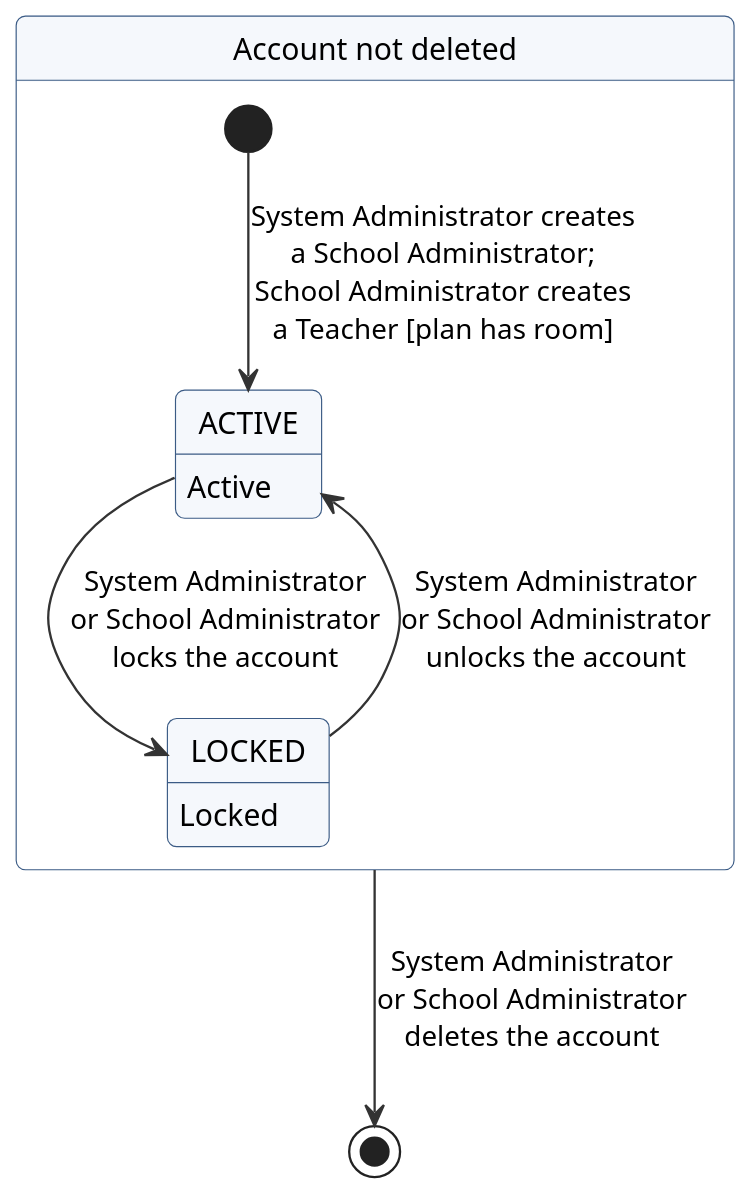
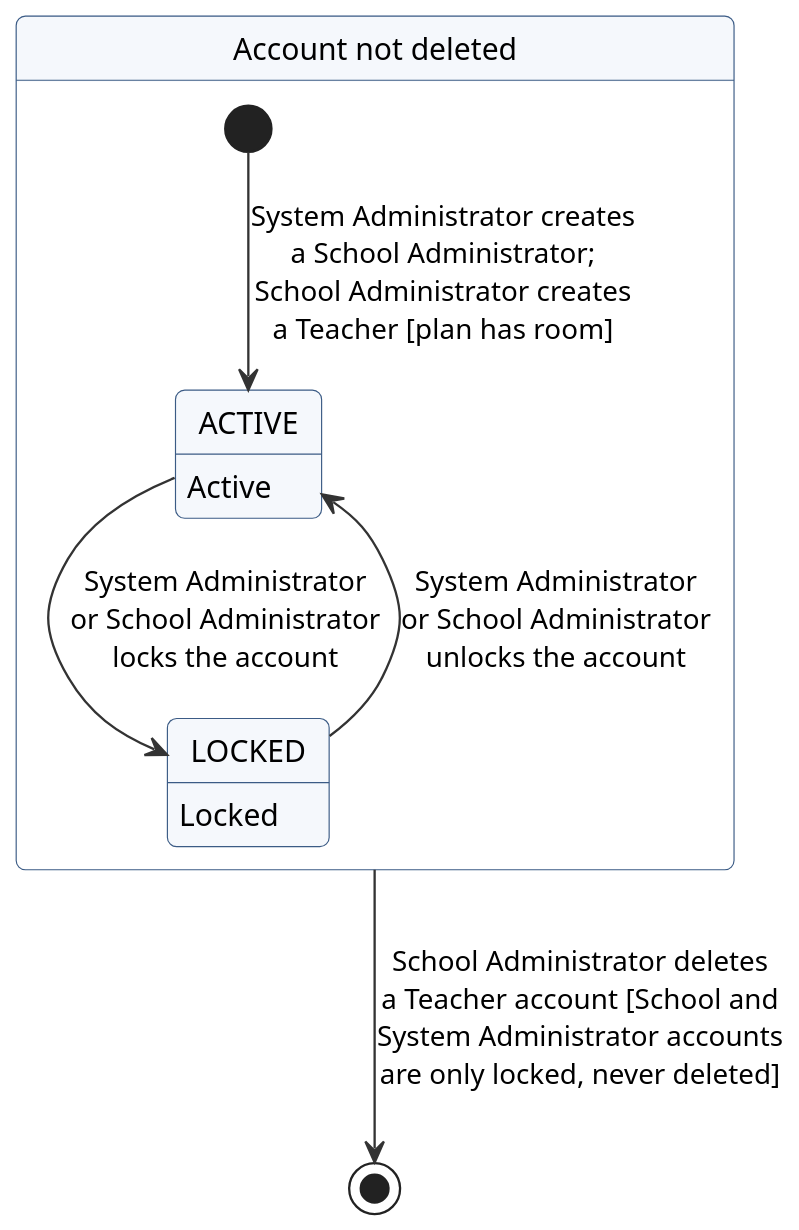
Before and after one commit to Nho2708/BE_Cultural_Heritage-: the diagram in docs/so-do/trang-thai-tai-khoan-quan-tri.puml, drawn with PlantUML. The commit also changed 23 other files, not shown here.

First line of the commit message:
Update design diagrams and database overview to the current behavior (#50)

```diff
--- a/docs/so-do/trang-thai-tai-khoan-quan-tri.puml
+++ b/docs/so-do/trang-thai-tai-khoan-quan-tri.puml
@@ -1,35 +1,35 @@
 @startuml
 skinparam defaultFontName Arial
 skinparam defaultFontSize 13
 skinparam dpi 150
 skinparam shadowing false
 skinparam roundCorner 8
 skinparam ArrowColor #333333
 skinparam ArrowFontSize 12
 skinparam ActivityBackgroundColor #F5F8FC
 skinparam ActivityBorderColor #3B5B85
 skinparam ActivityDiamondBackgroundColor #FFF6E5
 skinparam ActivityDiamondBorderColor #B7791F
 skinparam SwimlaneTitleFontStyle bold
 skinparam StateBackgroundColor #F5F8FC
 skinparam StateBorderColor #3B5B85
 skinparam ComponentBackgroundColor #F5F8FC
 skinparam ComponentBorderColor #3B5B85
 skinparam NodeBackgroundColor #FFFFFF
 skinparam NodeBorderColor #555555
 skinparam DatabaseBackgroundColor #F5F8FC
 skinparam CloudBackgroundColor #FFFFFF
 skinparam ClassBackgroundColor #FFFFFF
 skinparam ClassBorderColor #3B5B85
 skinparam ClassHeaderBackgroundColor #E8EEF6
 skinparam PackageBorderColor #8A9BB3
 hide empty description
 state "Account not deleted" as ACCOUNT {
   state ACTIVE : Active
   state LOCKED : Locked
   ACTIVE --> LOCKED : System Administrator\nor School Administrator\nlocks the account
   LOCKED --> ACTIVE : System Administrator\nor School Administrator\nunlocks the account
   [*] --> ACTIVE : System Administrator creates\na School Administrator;\nSchool Administrator creates\na Teacher [plan has room]
 }
-ACCOUNT --> [*] : System Administrator\nor School Administrator\ndeletes the account
+ACCOUNT --> [*] : School Administrator deletes\na Teacher account [School and\nSystem Administrator accounts\nare only locked, never deleted]
 @enduml
```
